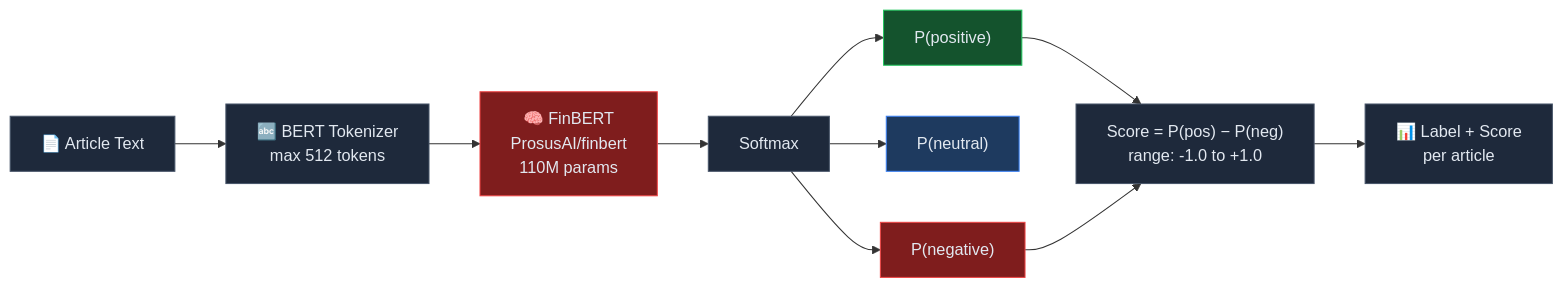
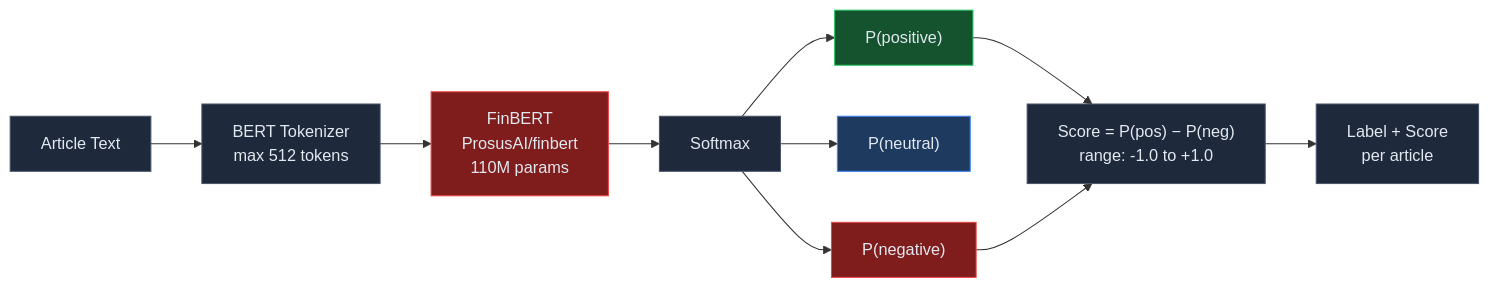
One commit to Aayushiii25/PulseIq changed the third of 4 diagrams in README.md. Above: the diagram before and after it, drawn with Mermaid. The commit also changed other lines of this file, not shown here.

````diff
--- a/README.md
+++ b/README.md
@@ -235,21 +235,21 @@
 ```mermaid
 flowchart LR
-    A["📄 Article Text"] --> B["🔤 BERT Tokenizer\nmax 512 tokens"]
-    B --> C["🧠 FinBERT\nProsusAI/finbert\n110M params"]
+    A[" Article Text"] --> B[" BERT Tokenizer\nmax 512 tokens"]
+    B --> C[" FinBERT\nProsusAI/finbert\n110M params"]
     C --> D["Softmax"]
     D --> E["P(positive)"]
     D --> F["P(neutral)"]
     D --> G["P(negative)"]
     E & G --> H["Score = P(pos) − P(neg)\nrange: -1.0 to +1.0"]
-    H --> I["📊 Label + Score\nper article"]
+    H --> I[" Label + Score\nper article"]
 
     style A fill:#1e293b,stroke:#475569,color:#e2e8f0
     style B fill:#1e293b,stroke:#475569,color:#e2e8f0
     style C fill:#7f1d1d,stroke:#ef4444,color:#e2e8f0
     style D fill:#1e293b,stroke:#475569,color:#e2e8f0
     style E fill:#14532d,stroke:#22c55e,color:#e2e8f0
     style F fill:#1e3a5f,stroke:#3b82f6,color:#e2e8f0
     style G fill:#7f1d1d,stroke:#ef4444,color:#e2e8f0
     style H fill:#1e293b,stroke:#475569,color:#e2e8f0
     style I fill:#1e293b,stroke:#475569,color:#e2e8f0
 ```
````
